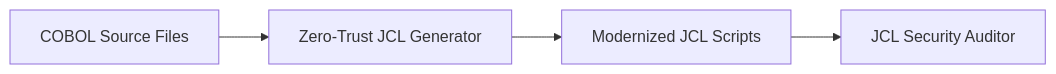
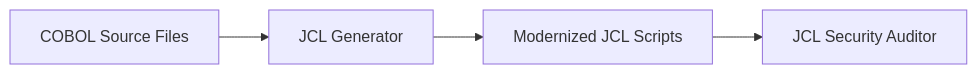
Before and after one commit to squid-protocol/gitgalaxy: the diagram in docs/wiki/05-12-zero-trust-jcl-forge.md, drawn with Mermaid. The commit also changed other lines of this file and 4 other files, not shown here.

Commit message:
Zero-trust wording slice 2: wiki 05-11/05-12, SBOM cookbook, mkdocs nav (Part of #8617)

````diff
--- a/docs/wiki/05-12-zero-trust-jcl-forge.md
+++ b/docs/wiki/05-12-zero-trust-jcl-forge.md
@@ -30,6 +30,6 @@
 ```mermaid
 flowchart LR
-    A[COBOL Source Files] --> B[Zero-Trust JCL Generator]
+    A[COBOL Source Files] --> B[JCL Generator]
     B --> C[Modernized JCL Scripts]
     C --> D[JCL Security Auditor]
 ```
````
